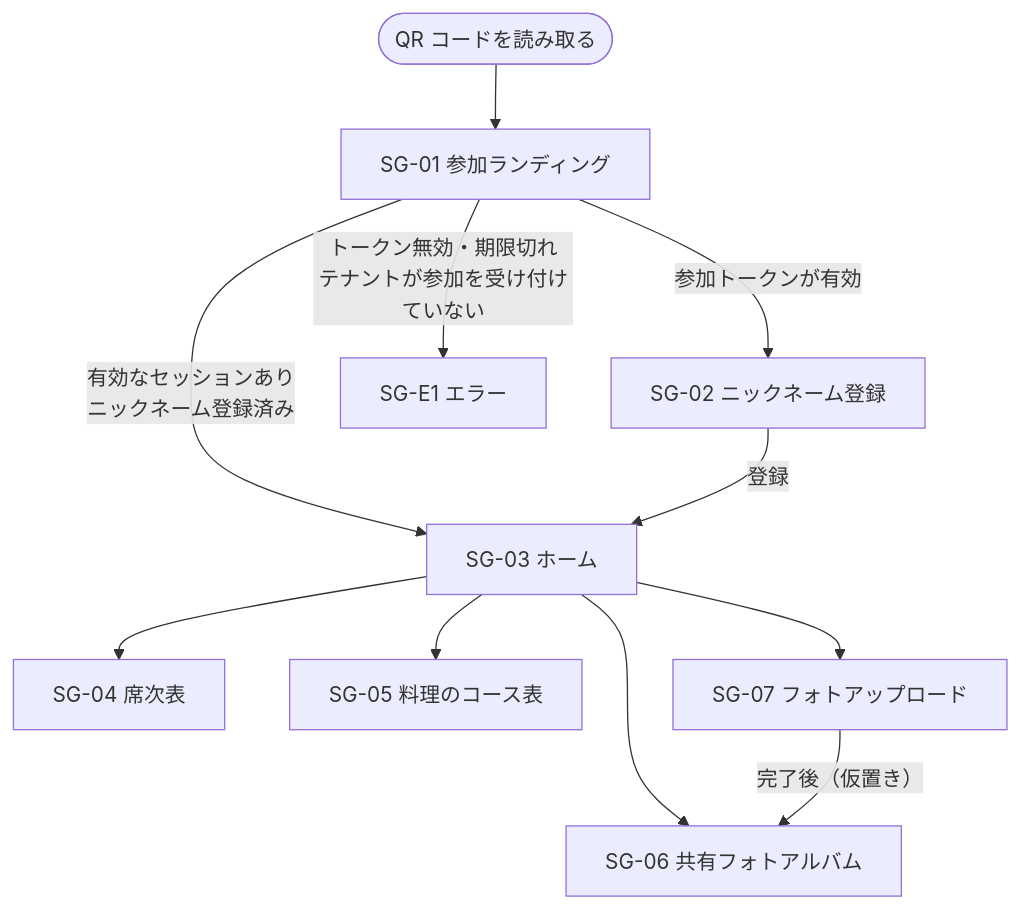
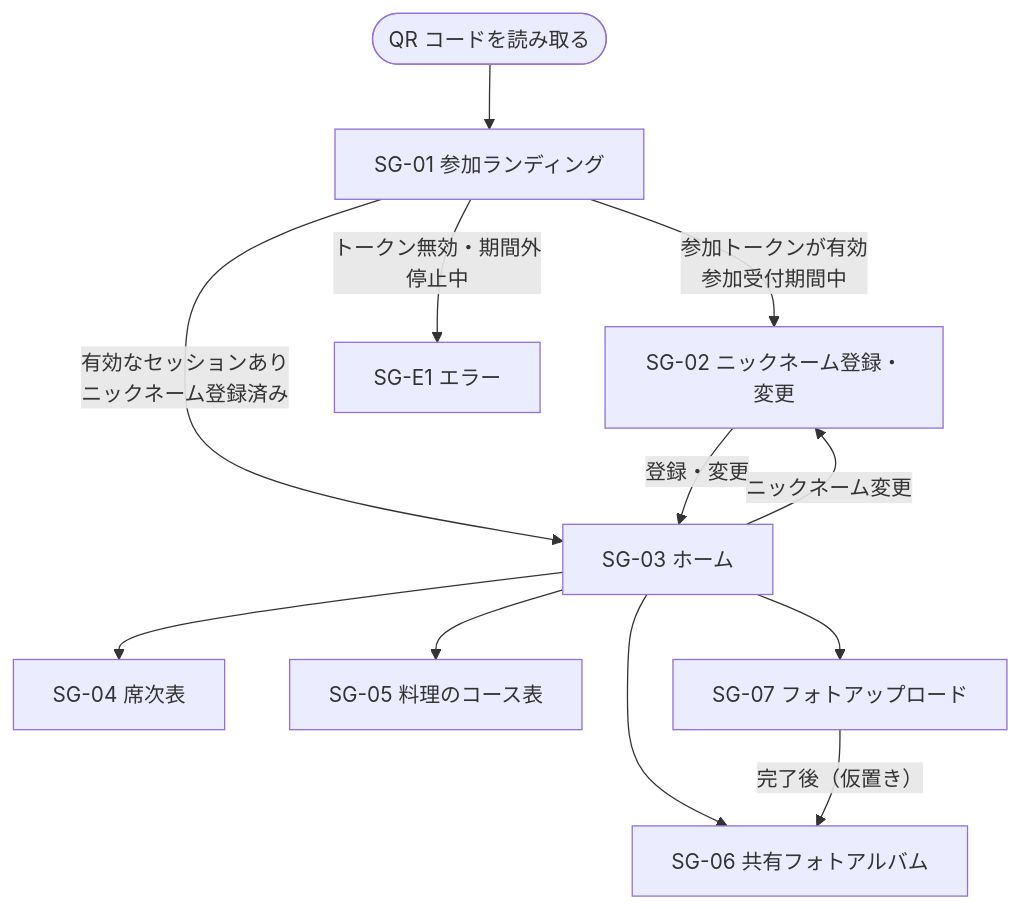
One commit to Nagomu0128/would-you-marry.me changed the first of 4 diagrams in docs/design/screens.md. Above: the diagram before and after it, drawn with Mermaid. The commit also changed other lines of this file and 12 other files, not shown here.

````diff
--- a/docs/design/screens.md
+++ b/docs/design/screens.md
@@ -26,13 +26,14 @@
 ```mermaid
 flowchart TD
     QR([QR コードを読み取る]) --> SG01[SG-01 参加ランディング]
-    SG01 -->|参加トークンが有効| SG02[SG-02 ニックネーム登録]
+    SG01 -->|参加トークンが有効<br/>参加受付期間中| SG02[SG-02 ニックネーム登録・変更]
     SG01 -->|有効なセッションあり<br/>ニックネーム登録済み| SG03
-    SG01 -->|トークン無効・期限切れ<br/>テナントが参加を受け付けていない| SGE1[SG-E1 エラー]
-    SG02 -->|登録| SG03[SG-03 ホーム]
+    SG01 -->|トークン無効・期間外<br/>停止中| SGE1[SG-E1 エラー]
+    SG02 -->|登録・変更| SG03[SG-03 ホーム]
+    SG03 -->|ニックネーム変更| SG02
     SG03 --> SG04[SG-04 席次表]
     SG03 --> SG05[SG-05 料理のコース表]
     SG03 --> SG06[SG-06 共有フォトアルバム]
     SG03 --> SG07[SG-07 フォトアップロード]
     SG07 -->|完了後（仮置き）| SG06
 ```
````
